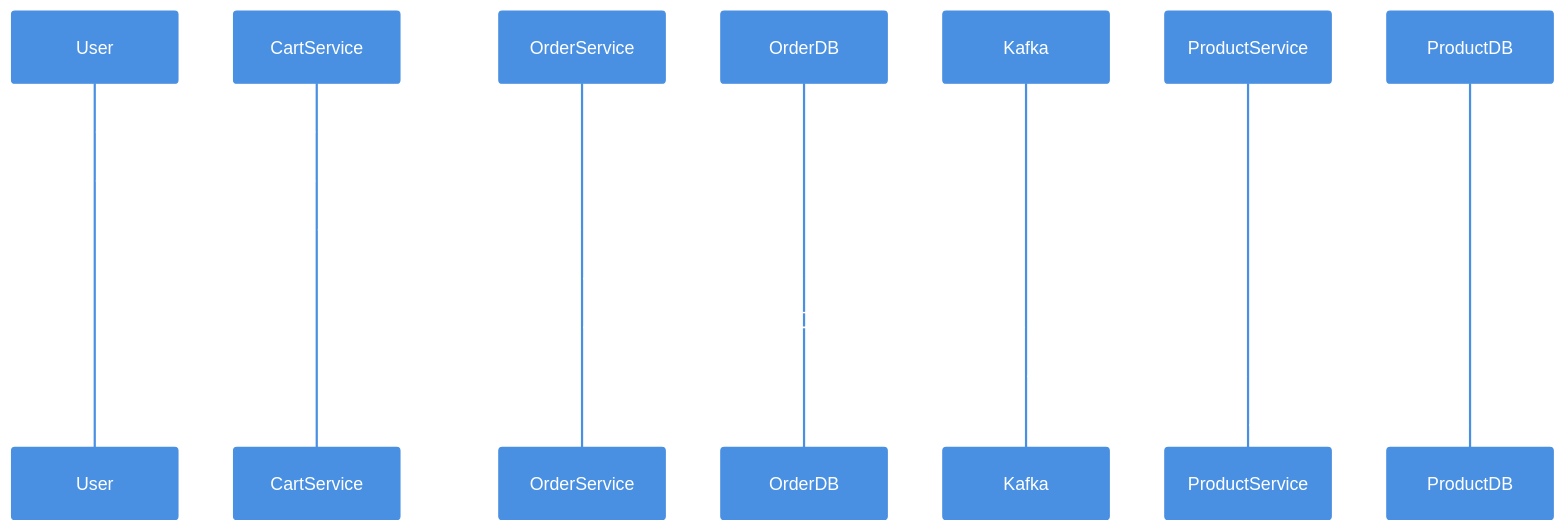
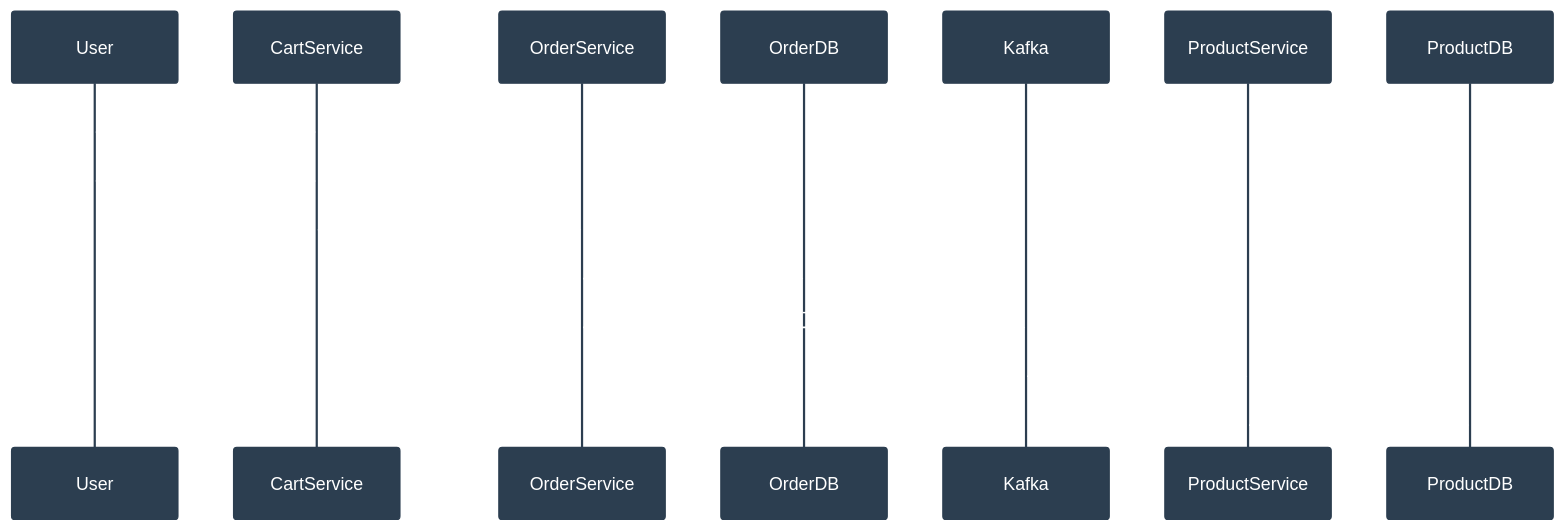
Before and after one commit to Jeethanxx01/Enterprise-E-Commerce-Microservices-Platform: the first of 2 diagrams in README.md, drawn with Mermaid. The commit also changed other lines of this file, not shown here.

````diff
--- a/README.md
+++ b/README.md
@@ -124,19 +124,19 @@
 ```mermaid
-%%{init: {'theme': 'base', 'themeVariables': { 'fontSize': '16px', 'fontFamily': 'arial', 'primaryColor': '#4a90e2', 'primaryTextColor': '#fff', 'primaryBorderColor': '#4a90e2', 'lineColor': '#4a90e2', 'secondaryColor': '#f0f0f0', 'tertiaryColor': '#f0f0f0'}}}%%
+%%{init: {'theme': 'base', 'themeVariables': { 'fontSize': '16px', 'fontFamily': 'arial', 'primaryColor': '#2c3e50', 'primaryTextColor': '#ffffff', 'primaryBorderColor': '#2c3e50', 'lineColor': '#2c3e50', 'secondaryColor': '#34495e', 'tertiaryColor': '#95a5a6'}}}%%
 sequenceDiagram
     participant User
     participant CartService
     participant OrderService
     participant OrderDB
     participant Kafka
     participant ProductService
     participant ProductDB
 
     User->>CartService: Add item to cart
     User->>CartService: Checkout
     CartService->>OrderService: Place order (REST API)
     OrderService->>OrderDB: Save order
     OrderService->>Kafka: Publish "order-placed" event
     Kafka->>ProductService: (event consumed)
     ProductService->>ProductDB: Decrement stock
 ```
````
